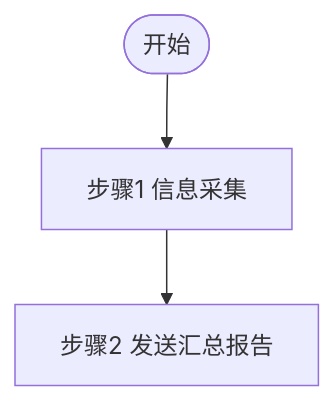
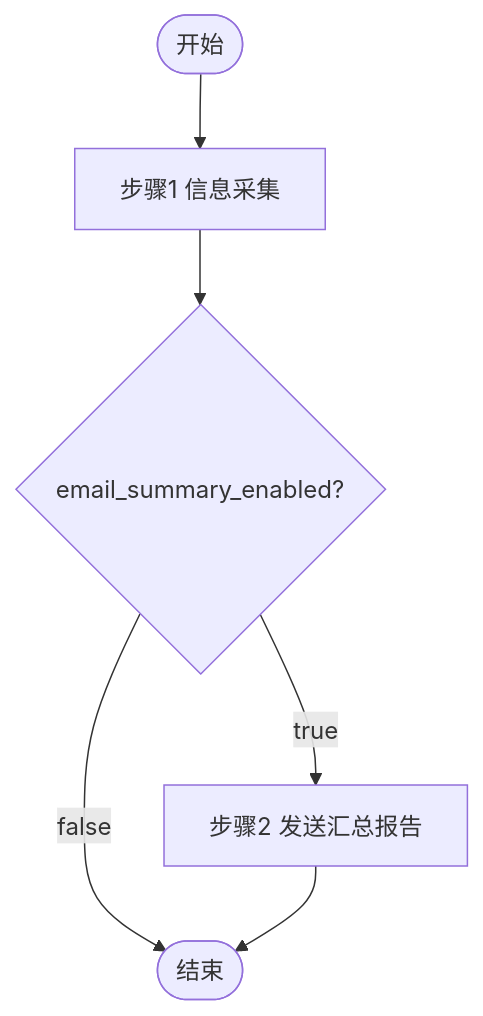
The diagram in workflows/workflow_mp-digest.md (bruce1977/penbot), drawn with Mermaid before and after one commit. The commit also changed other lines of this file and 12 other files, not shown here.

````diff
--- a/workflows/workflow_mp-digest.md
+++ b/workflows/workflow_mp-digest.md
@@ -20,5 +21,8 @@
 ```mermaid
 flowchart TD
     S([开始]) --> S1[步骤1 信息采集]
-    S1 --> S2[步骤2 发送汇总报告]
+    S1 --> E2{email_summary_enabled?}
+    E2 -- true --> S2[步骤2 发送汇总报告]
+    E2 -- false --> F
+    S2 --> F([结束])
 ```
````
